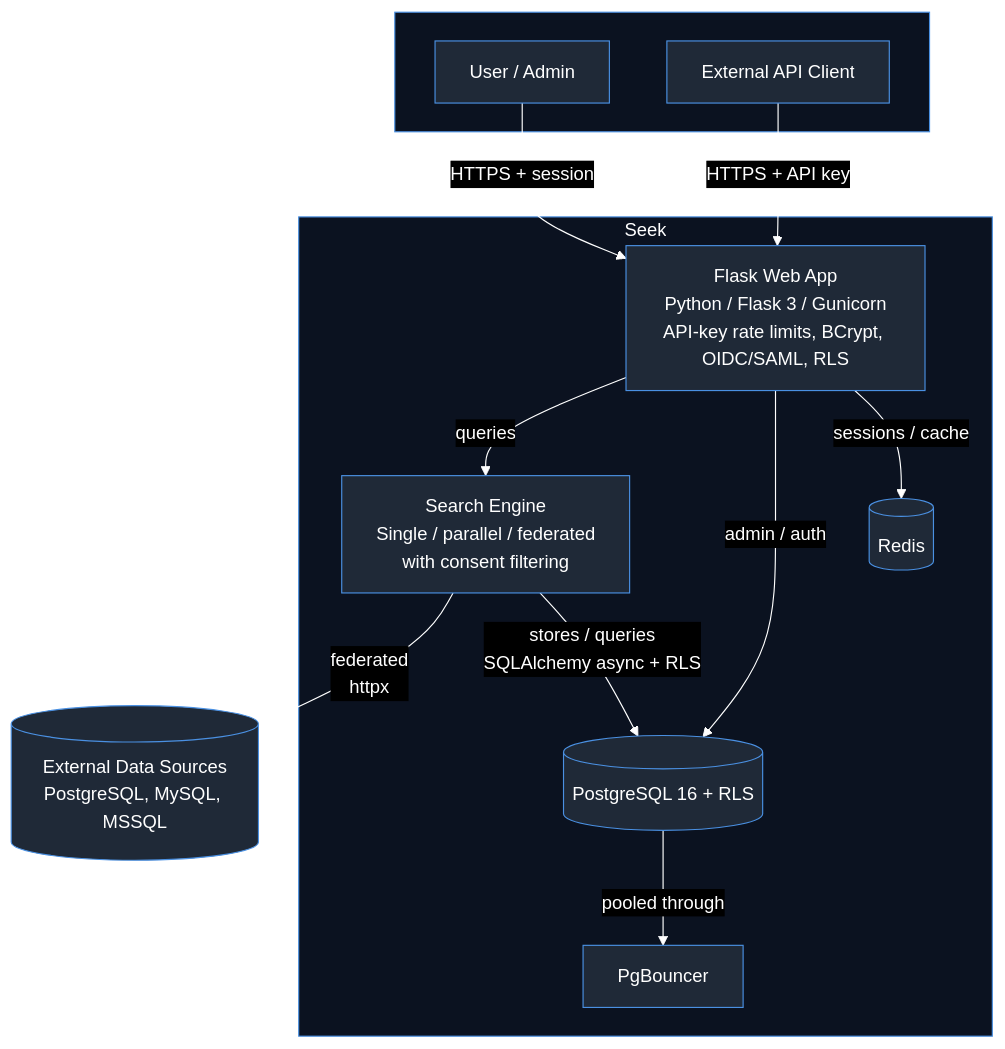
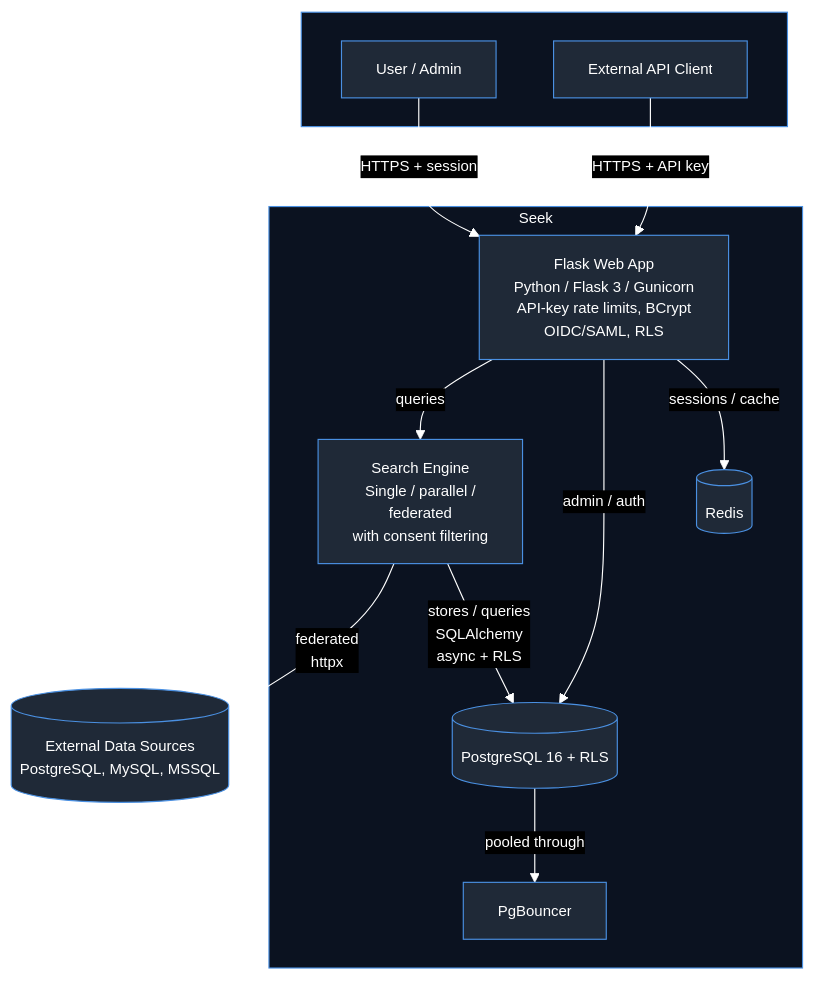
One commit to adam-scholey/adam-scholey.github.io changed the diagram in diagrams/seek.mmd. Above: the diagram before and after it, drawn with Mermaid. The commit also changed 3 other files, not shown here.

Commit message:
feat: SVG project icons + fix architecture diagram text cut-off

```diff
--- a/diagrams/seek.mmd
+++ b/diagrams/seek.mmd
@@ -1,25 +1,25 @@
-%%{init: {'theme':'base','themeVariables':{'darkMode':true,'background':'#0d1117','primaryColor':'#1f2937','primaryTextColor':'#ffffff','primaryBorderColor':'#4a90e2','secondaryColor':'#111827','secondaryTextColor':'#ffffff','secondaryBorderColor':'#4a90e2','tertiaryColor':'#0b1220','tertiaryTextColor':'#ffffff','tertiaryBorderColor':'#4a90e2','lineColor':'#ffffff','arrowheadColor':'#ffffff','textColor':'#ffffff','fontFamily':'Inter, sans-serif','fontSize':'16px'}}}%%
+%%{init: {'theme':'base','themeVariables':{'darkMode':true,'background':'#0d1117','primaryColor':'#1f2937','primaryTextColor':'#ffffff','primaryBorderColor':'#4a90e2','secondaryColor':'#111827','secondaryTextColor':'#ffffff','secondaryBorderColor':'#4a90e2','tertiaryColor':'#0b1220','tertiaryTextColor':'#ffffff','tertiaryBorderColor':'#4a90e2','lineColor':'#ffffff','arrowheadColor':'#ffffff','textColor':'#ffffff','fontSize':'13px'}}}%%
 flowchart TB
     subgraph Client[" "]
         user[User / Admin]
         api[External API Client]
     end
 
     subgraph Seek["Seek"]
-        flask[Flask Web App<br/>Python / Flask 3 / Gunicorn<br/>API-key rate limits, BCrypt, OIDC/SAML, RLS]
-        search[Search Engine<br/>Single / parallel / federated<br/>with consent filtering]
+        flask[Flask Web App<br/>Python / Flask 3 / Gunicorn<br/>API-key rate limits, BCrypt<br/>OIDC/SAML, RLS]
+        search[Search Engine<br/>Single / parallel /<br/>federated<br/>with consent filtering]
         pg[(PostgreSQL 16 + RLS)]
         redis[(Redis)]
         pgb[PgBouncer]
     end
 
     sources[(External Data Sources<br/>PostgreSQL, MySQL, MSSQL)]
 
     user -->|HTTPS + session| flask
     api -->|HTTPS + API key| flask
     flask -->|queries| search
     search -->|federated<br/>httpx| sources
-    search -->|stores / queries<br/>SQLAlchemy async + RLS| pg
+    search -->|stores / queries<br/>SQLAlchemy<br/>async + RLS| pg
     flask -->|admin / auth| pg
     flask -->|sessions / cache| redis
     pg -->|pooled through| pgb
```
